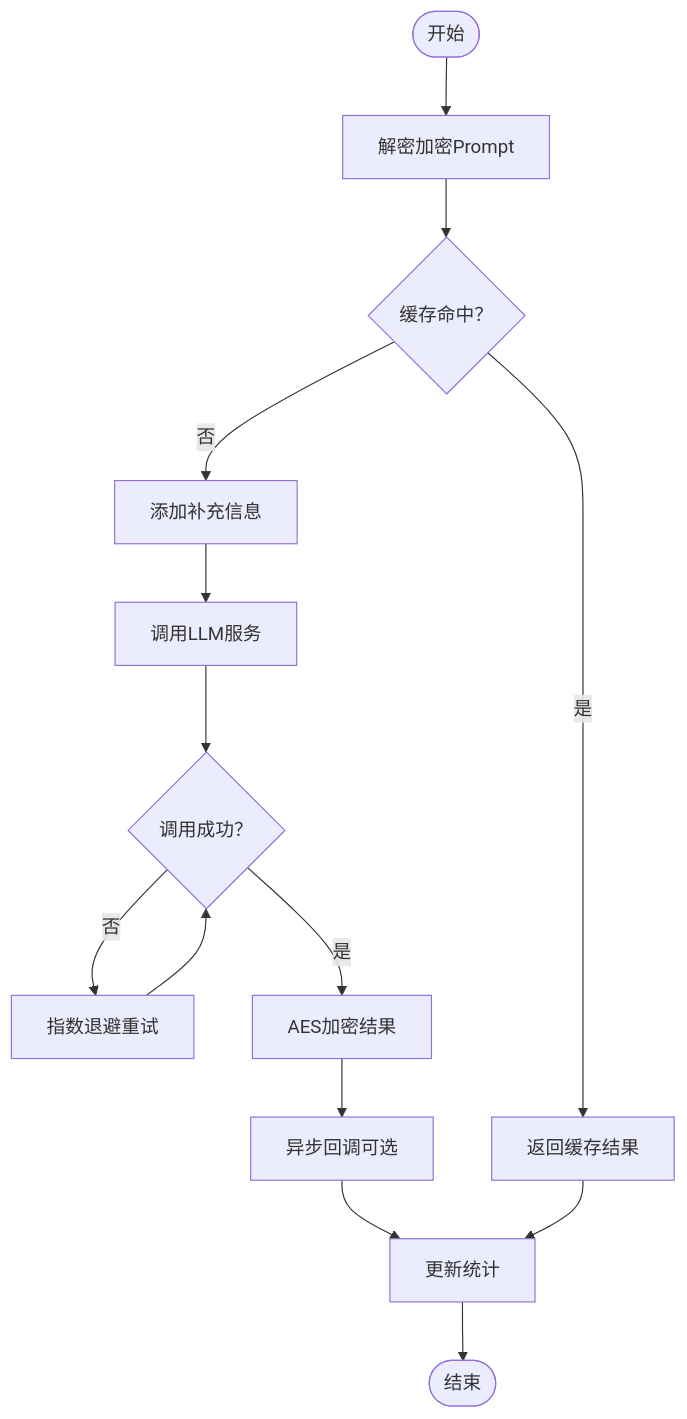
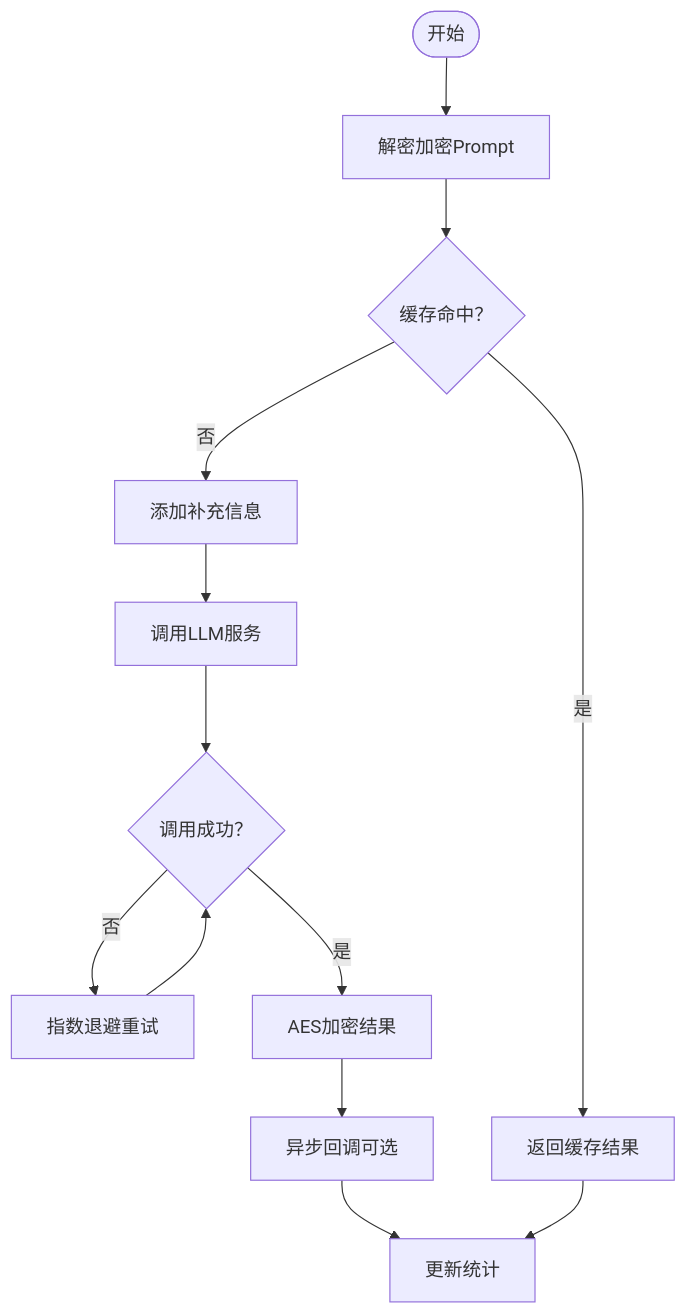
One commit to liuzh2008/med_ai_assistant_workspace changed the ninth of 10 diagrams in .qoder/repowiki/zh/content/核心功能模块/AI诊断辅助系统.md. Above: the diagram before and after it, drawn with Mermaid. The commit also changed other lines of this file and 2 other files, not shown here.

````diff
--- a/.qoder/repowiki/zh/content/核心功能模块/AI诊断辅助系统.md
+++ b/.qoder/repowiki/zh/content/核心功能模块/AI诊断辅助系统.md
@@ -338,16 +437,15 @@
 ```mermaid
 flowchart TD
 Start(["开始"]) --> Decrypt["解密加密Prompt"]
 Decrypt --> CacheCheck{"缓存命中？"}
 CacheCheck --> |是| ReturnCache["返回缓存结果"]
 CacheCheck --> |否| AddContext["添加补充信息"]
 AddContext --> CallLLM["调用LLM服务"]
 CallLLM --> Retry{"调用成功？"}
 Retry --> |否| ExponentialBackoff["指数退避重试"]
 ExponentialBackoff --> Retry
 Retry --> |是| Encrypt["AES加密结果"]
 Encrypt --> Callback["异步回调可选"]
 Callback --> Stats["更新统计"]
 ReturnCache --> Stats
-Stats --> End(["结束"])
 ```
````
